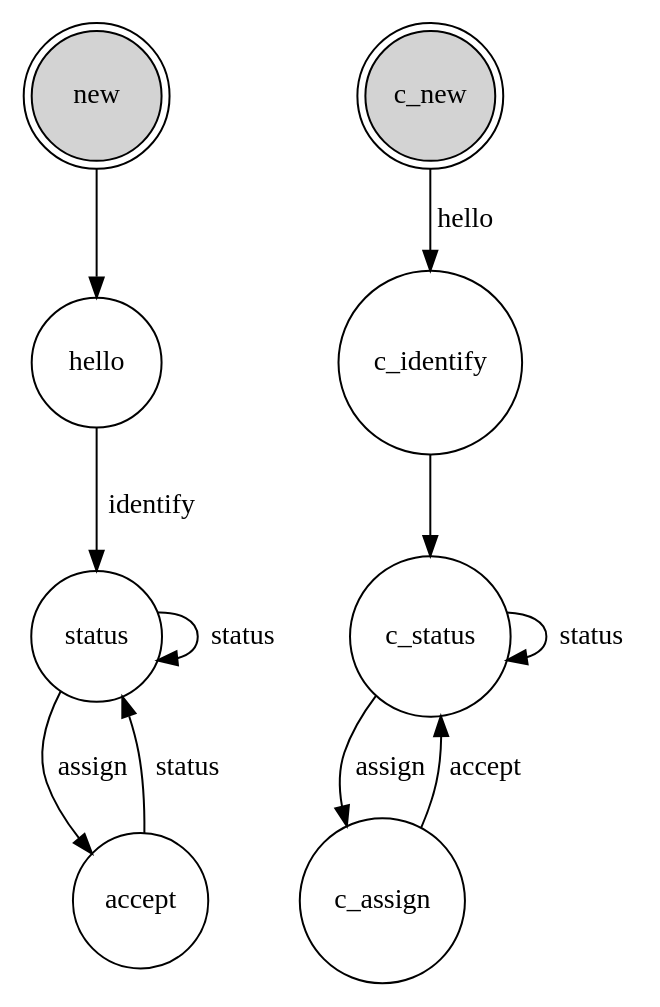
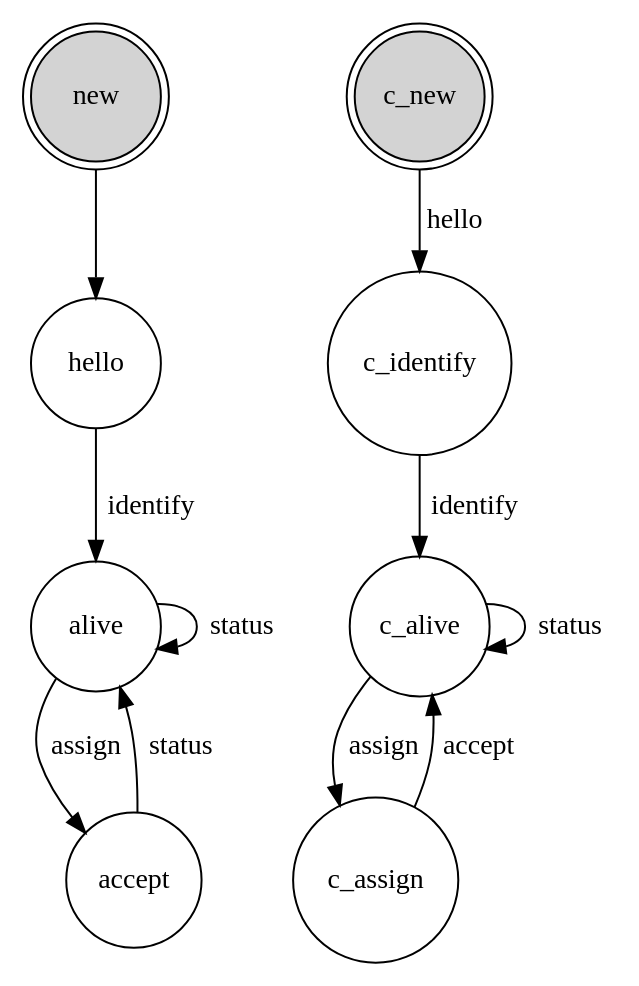
Before and after one commit to gideonw/peltr: the diagram in docs/state.dot, drawn with Graphviz. The commit also changed 8 other files, not shown here.

```diff
--- a/docs/state.dot
+++ b/docs/state.dot
@@ -1,37 +1,38 @@
 digraph finite_state_machine {
   subgraph server_client {
     label = "server-client";
     node [shape = circle; width = 0.9;];
     
     /**
      * Entities
      */
     new [shape = doublecircle;style = filled;];
     hello;
-    status;
+    alive;
     accept;
     
     /**
      * Relationships
      */
     new -> hello;
-    hello -> status [label = "identify";];
-    status -> status [label = "status";];
-    status -> accept [label = "assign";];
-    accept -> status [label = "status";];
+    hello -> alive [label = "identify";];
+    alive -> alive [label = "status";];
+    alive -> accept [label = "assign";];
+    accept -> alive [label = "status";];
   }
   subgraph client {
     label = "client";
     node [shape = circle; width = 0.9;];
     c_new [shape = doublecircle;style = filled;];
     c_identify;
-    c_status;
+    c_alive;
     c_assign;
     
     c_new -> c_identify [label = "hello";];
-    c_identify -> c_status;
-    c_status -> c_status [label = "status";];
-    c_status -> c_assign [label = "assign";];
-    c_assign -> c_status [label = "accept";];
+    // todo: identify return to ensure ID is set on server
+    c_identify -> c_alive [label = "identify";];
+    c_alive -> c_alive [label = "status";];
+    c_alive -> c_assign [label = "assign";];
+    c_assign -> c_alive [label = "accept";];
   }
 }
```
